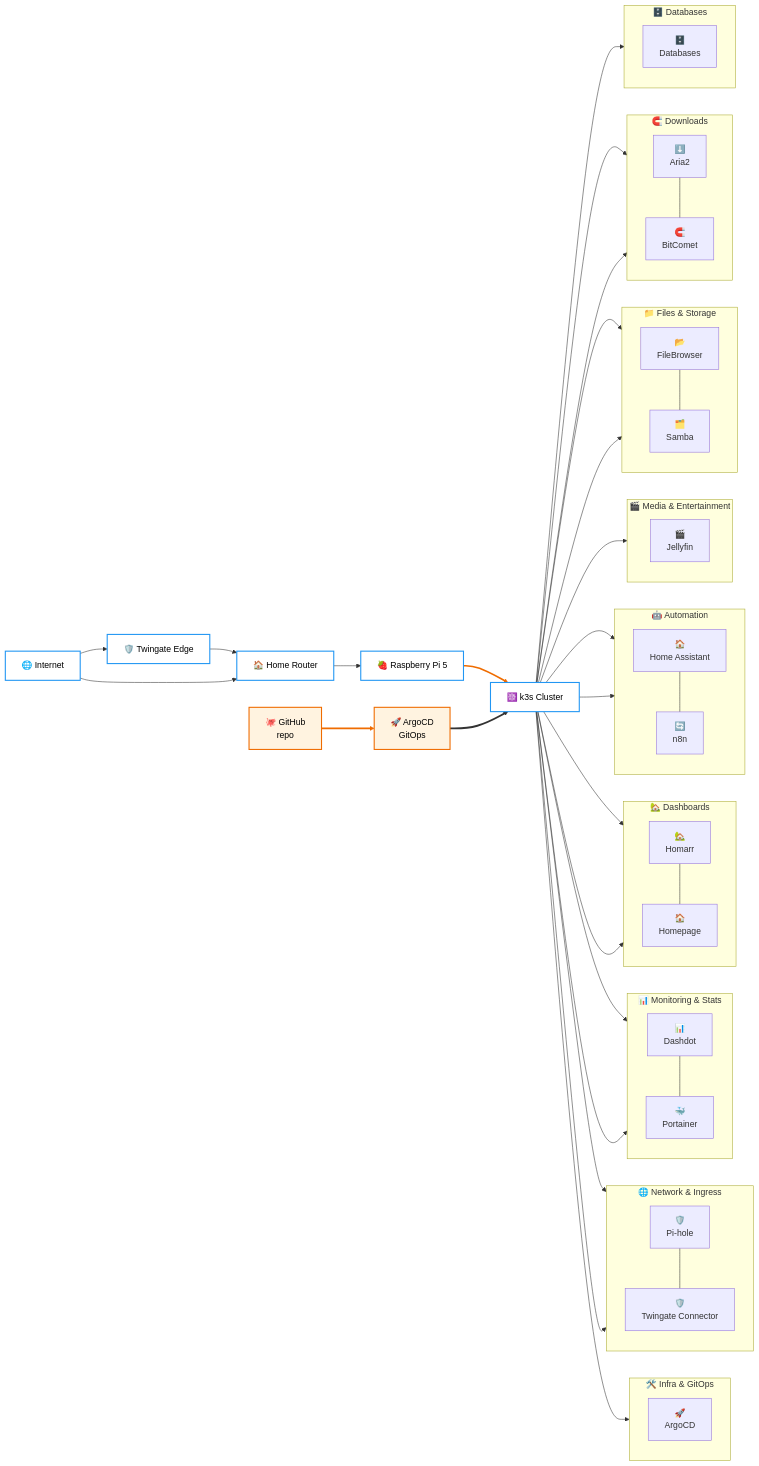
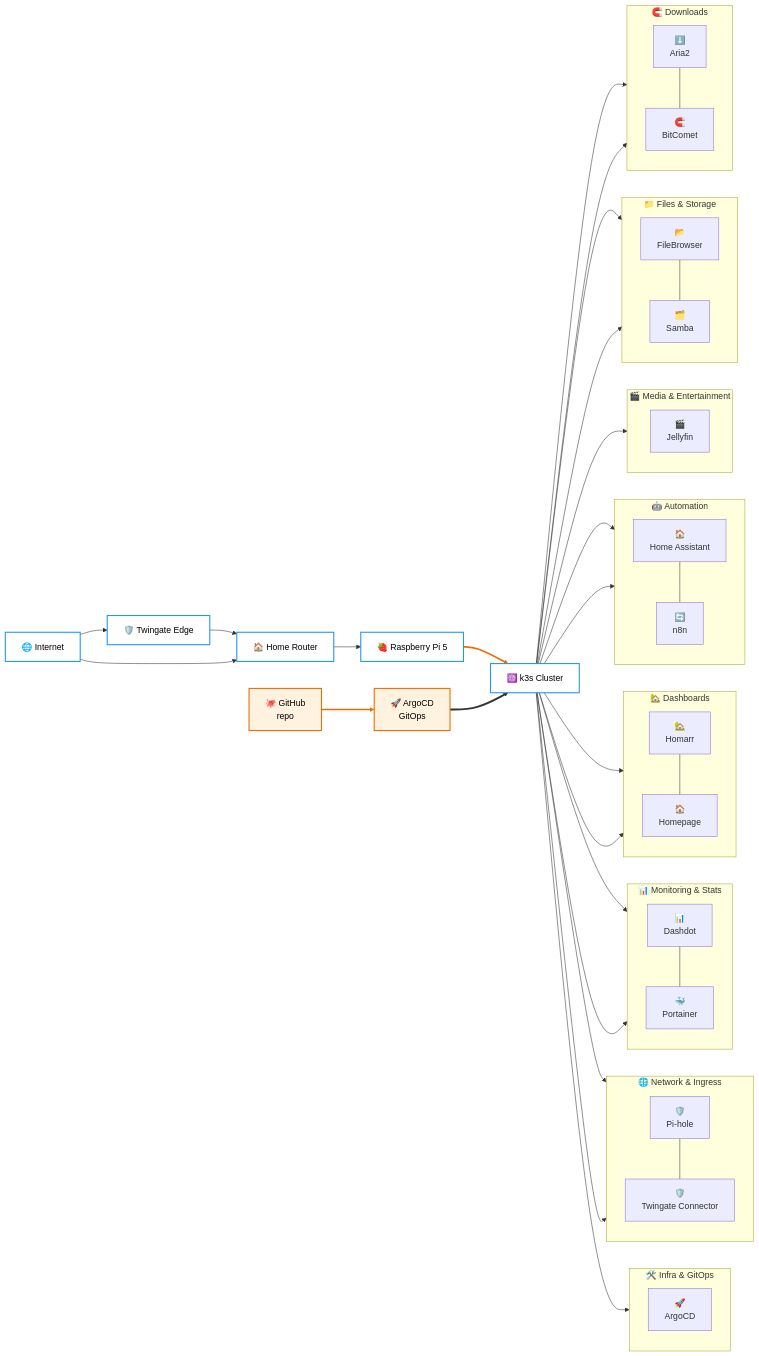
Before and after one commit to Thre4dripper/Home-Server-Lab: the diagram in k3s/README.md, drawn with Mermaid. The commit also changed other lines of this file and 2 other files, not shown here.

```diff
--- a/k3s/README.md
+++ b/k3s/README.md
@@ -159,12 +158,6 @@
     K3s --> aria2
     K3s --> bitcomet
 
-    subgraph Databases["🗄️ Databases"]
-        direction TB
-        databases[🗄️<br/>Databases]
-    end
-    K3s --> databases
-
     classDef coreInfra fill:#ffffff,stroke:#2196f3,stroke-width:2px,color:#000000
     classDef gitops fill:#fff3e0,stroke:#ef6c00,stroke-width:2px,color:#000000
     class Internet,Twingate,Router,Pi,K3s coreInfra
```
